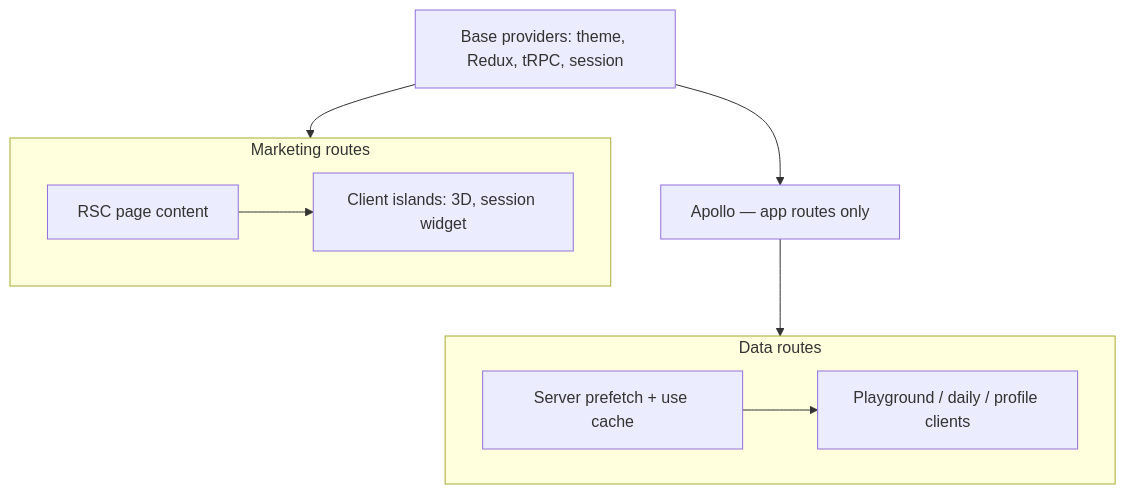
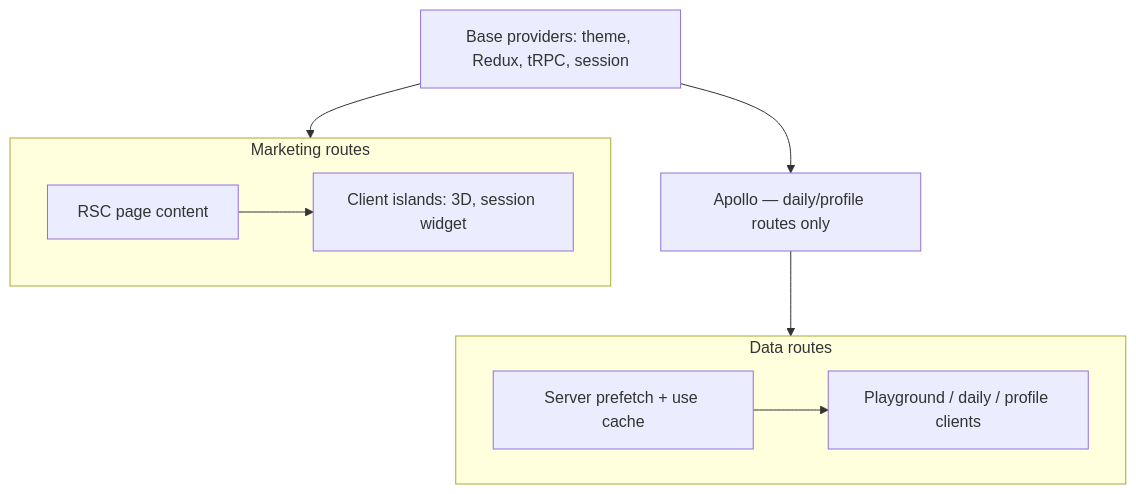
Before and after one commit to mkayander/dStruct: the diagram in vibe-docs/RSC-First-Refactor-Plan.md, drawn with Mermaid. The commit also changed other lines of this file and 5 other files, not shown here.

````diff
--- a/vibe-docs/RSC-First-Refactor-Plan.md
+++ b/vibe-docs/RSC-First-Refactor-Plan.md
@@ -67,21 +73,21 @@
 ```mermaid
 flowchart TB
   subgraph marketing [Marketing routes]
     MRSC[RSC page content]
     MIsland[Client islands: 3D, session widget]
   end
 
   subgraph app [Data routes]
     Prefetch[Server prefetch + use cache]
     Client[Playground / daily / profile clients]
   end
 
   Base[Base providers: theme, Redux, tRPC, session]
-  Apollo[Apollo — app routes only]
+  Apollo[Apollo — daily/profile routes only]
 
   Base --> marketing
   Base --> Apollo
   Apollo --> app
   Prefetch --> Client
   MRSC --> MIsland
 ```
````
